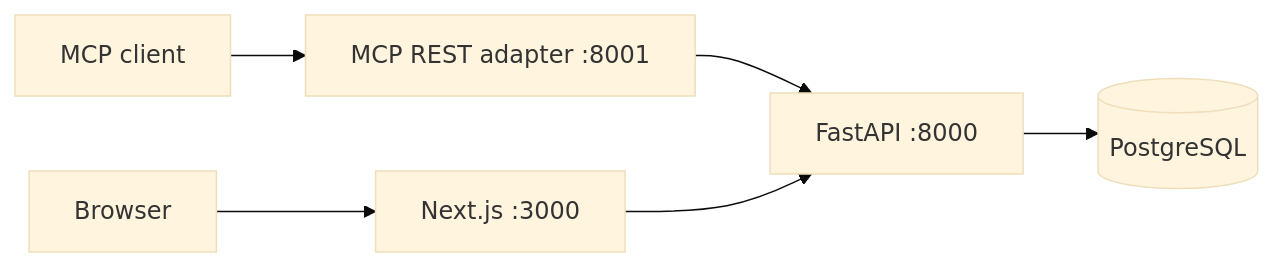
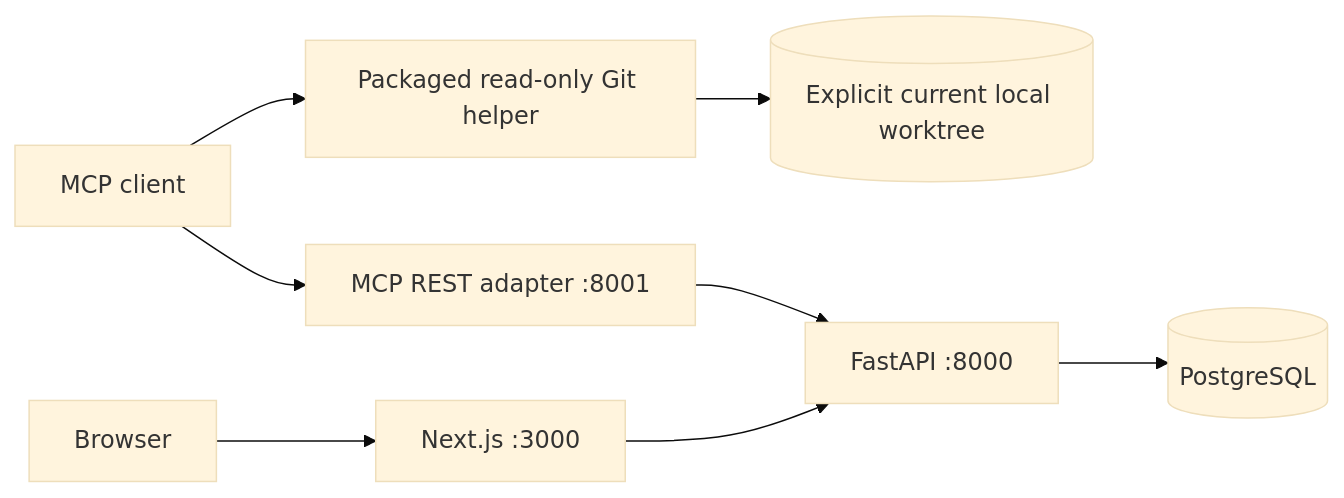
One commit to RightBrain-Networks/mnemonic changed the second of 2 diagrams in docs/architecture.md. Above: the diagram before and after it, drawn with Mermaid (base theme). The commit also changed other lines of this file and 77 other files, not shown here.

````diff
--- a/docs/architecture.md
+++ b/docs/architecture.md
@@ -185,8 +195,10 @@
 ```mermaid
 flowchart LR
     Agent[MCP client] --> MCP[MCP REST adapter :8001]
+    Agent --> Helper[Packaged read-only Git helper]
+    Helper --> Repo[(Explicit current local worktree)]
     MCP --> API[FastAPI :8000]
     User[Browser] --> Web[Next.js :3000]
     Web --> API
     API --> DB[(PostgreSQL)]
 ```
````
